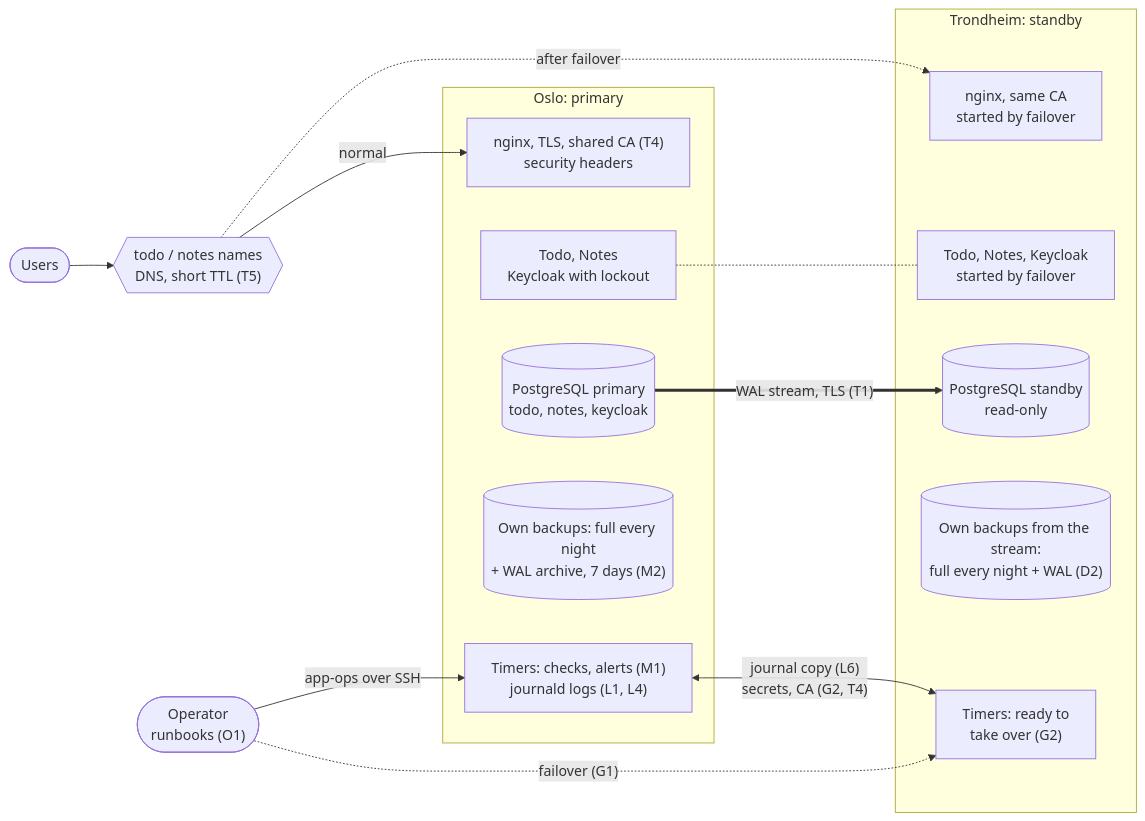
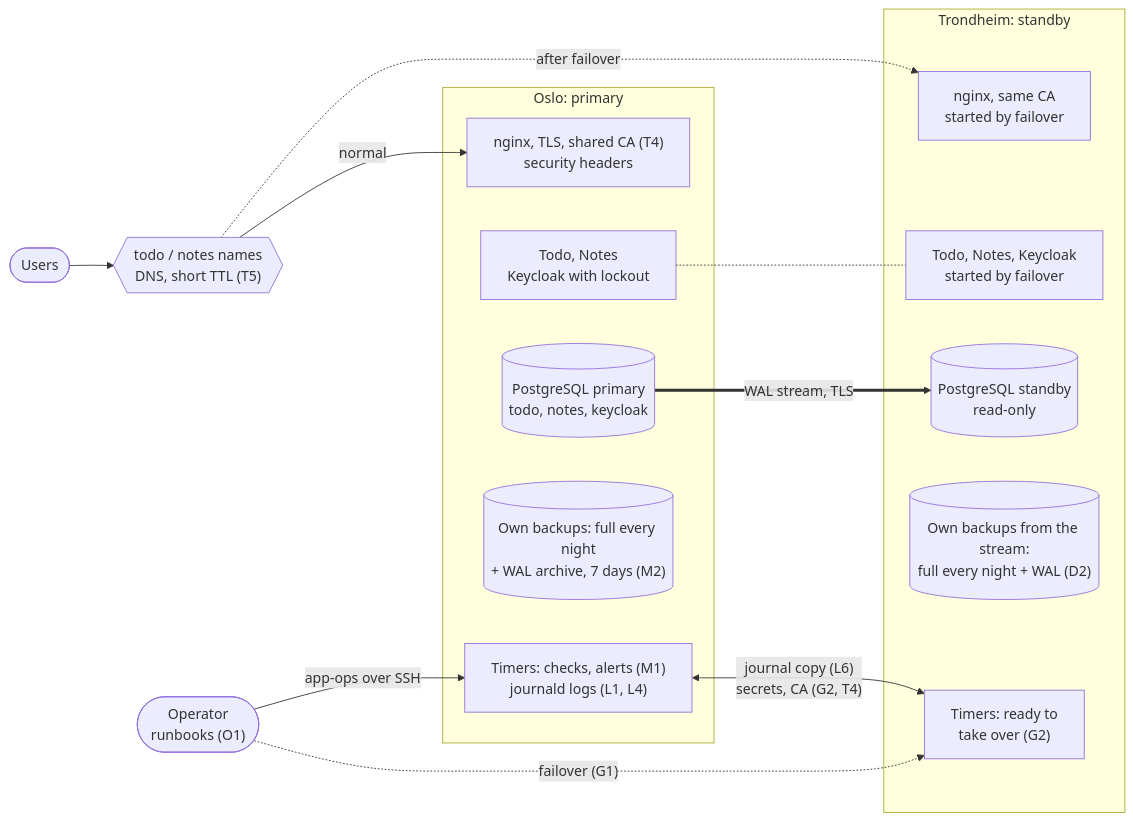
Before and after one commit to gunstein/podman_test: the first of 2 diagrams in docs/TARGET-PICTURE.md, drawn with Mermaid. The commit also changed other lines of this file and 16 other files, not shown here.

````diff
--- a/docs/TARGET-PICTURE.md
+++ b/docs/TARGET-PICTURE.md
@@ -9,32 +9,32 @@
 ```mermaid
 flowchart LR
   users(["Users"]) --> dns{{"todo / notes names<br>DNS, short TTL (T5)"}}
   op(["Operator<br>runbooks (O1)"])
 
   subgraph OSLO["Oslo: primary"]
     o_proxy["nginx, TLS, shared CA (T4)<br>security headers"]
     o_apps["Todo, Notes<br>Keycloak with lockout"]
     o_db[("PostgreSQL primary<br>todo, notes, keycloak")]
     o_bk[("Own backups: full every night<br>+ WAL archive, 7 days (M2)")]
     o_time["Timers: checks, alerts (M1)<br>journald logs (L1, L4)"]
   end
 
   subgraph TRD["Trondheim: standby"]
     t_proxy["nginx, same CA<br>started by failover"]
     t_apps["Todo, Notes, Keycloak<br>started by failover"]
     t_db[("PostgreSQL standby<br>read-only")]
     t_bk[("Own backups from the stream:<br>full every night + WAL (D2)")]
     t_time["Timers: ready to<br>take over (G2)"]
   end
 
   dns -->|normal| o_proxy
   dns -.->|after failover| t_proxy
   o_proxy ~~~ t_proxy
   o_apps -.- t_apps
-  o_db ==>|"WAL stream, TLS (T1)"| t_db
+  o_db ==>|"WAL stream, TLS"| t_db
   o_bk ~~~ t_bk
   o_time <-->|"journal copy (L6)<br>secrets, CA (G2, T4)"| t_time
   dns ~~~ o_apps & o_db & o_bk
   op -->|app-ops over SSH| o_time
   op -.->|"failover (G1)"| t_time
 ```
````
